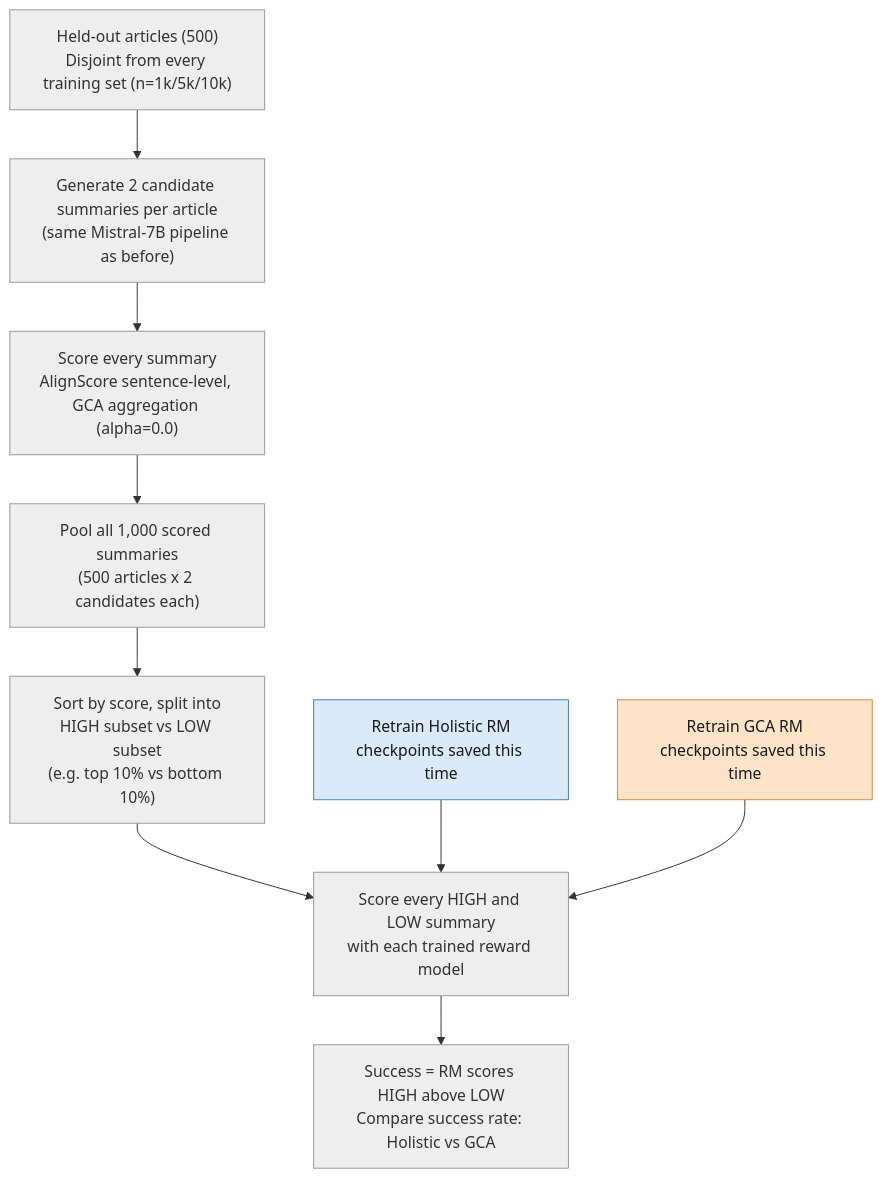
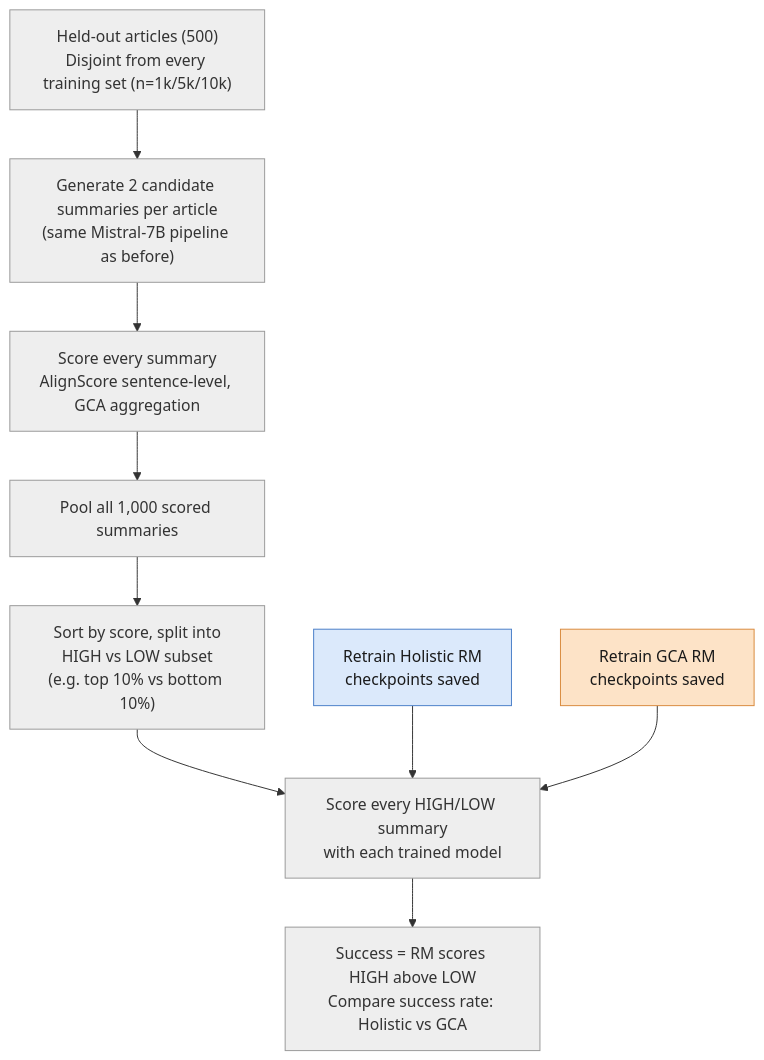
One commit to hasnat23/master-thesis-rlaif-gca changed the diagram in progress-updates/18-08-2026/README.md. Above: the diagram before and after it, drawn with Mermaid. The commit also changed other lines of this file, not shown here.

````diff
--- a/progress-updates/18-08-2026/README.md
+++ b/progress-updates/18-08-2026/README.md
@@ -33,25 +27,25 @@
 ```mermaid
 flowchart TD
     A["Held-out articles (500)<br/>Disjoint from every training set (n=1k/5k/10k)"]
     B["Generate 2 candidate summaries per article<br/>(same Mistral-7B pipeline as before)"]
-    C["Score every summary<br/>AlignScore sentence-level, GCA aggregation (alpha=0.0)"]
-    D["Pool all 1,000 scored summaries<br/>(500 articles x 2 candidates each)"]
-    E["Sort by score, split into<br/>HIGH subset vs LOW subset<br/>(e.g. top 10% vs bottom 10%)"]
-    F["Retrain Holistic RM<br/>checkpoints saved this time"]
-    G["Retrain GCA RM<br/>checkpoints saved this time"]
-    H["Score every HIGH and LOW summary<br/>with each trained reward model"]
+    C["Score every summary<br/>AlignScore sentence-level, GCA aggregation"]
+    D["Pool all 1,000 scored summaries"]
+    E["Sort by score, split into<br/>HIGH vs LOW subset<br/>(e.g. top 10% vs bottom 10%)"]
+    F["Retrain Holistic RM<br/>checkpoints saved"]
+    G["Retrain GCA RM<br/>checkpoints saved"]
+    H["Score every HIGH/LOW summary<br/>with each trained model"]
     I["Success = RM scores HIGH above LOW<br/>Compare success rate: Holistic vs GCA"]
 
     A --> B --> C --> D --> E
     E --> H
     F --> H
     G --> H
     H --> I
 
     classDef shared fill:#eee,stroke:#999,color:#333;
     classDef hol fill:#dbe9fb,stroke:#4a7fc9,color:#1a1a1a;
     classDef gca fill:#fde3c7,stroke:#d98a3d,color:#1a1a1a;
     class A,B,C,D,E,H,I shared;
     class F hol;
     class G gca;
 ```
````
